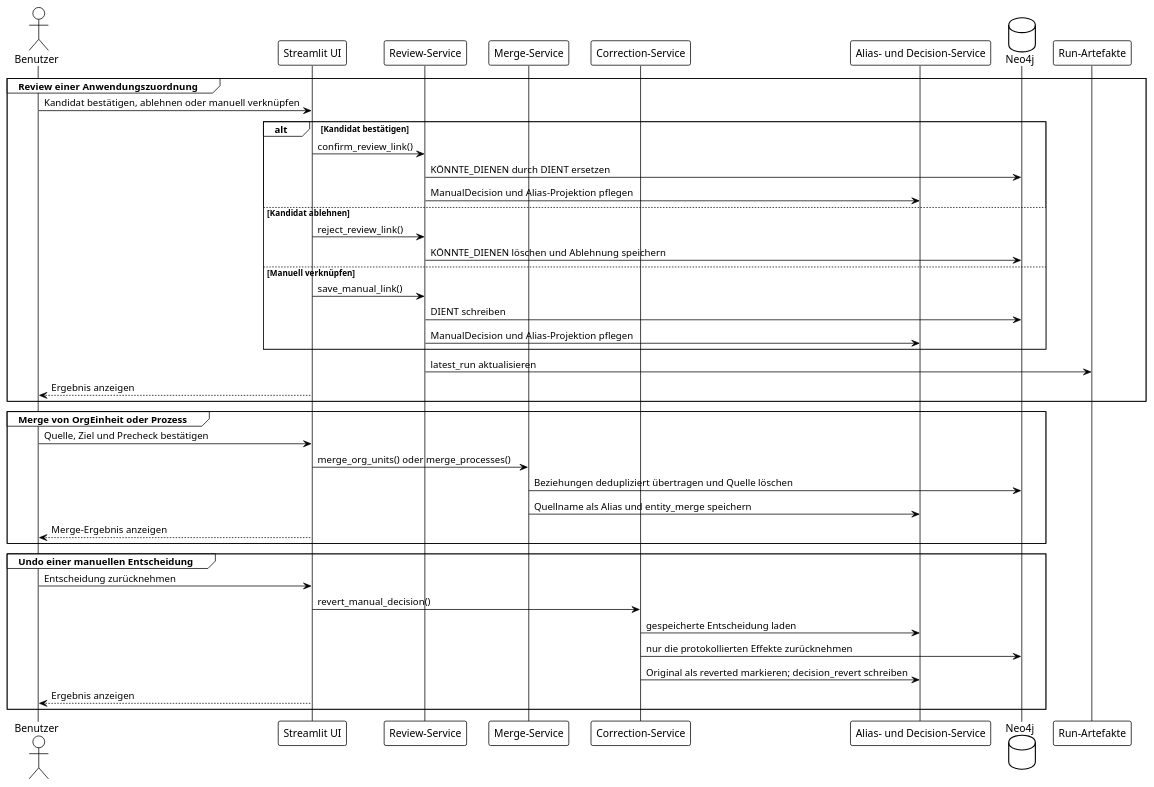
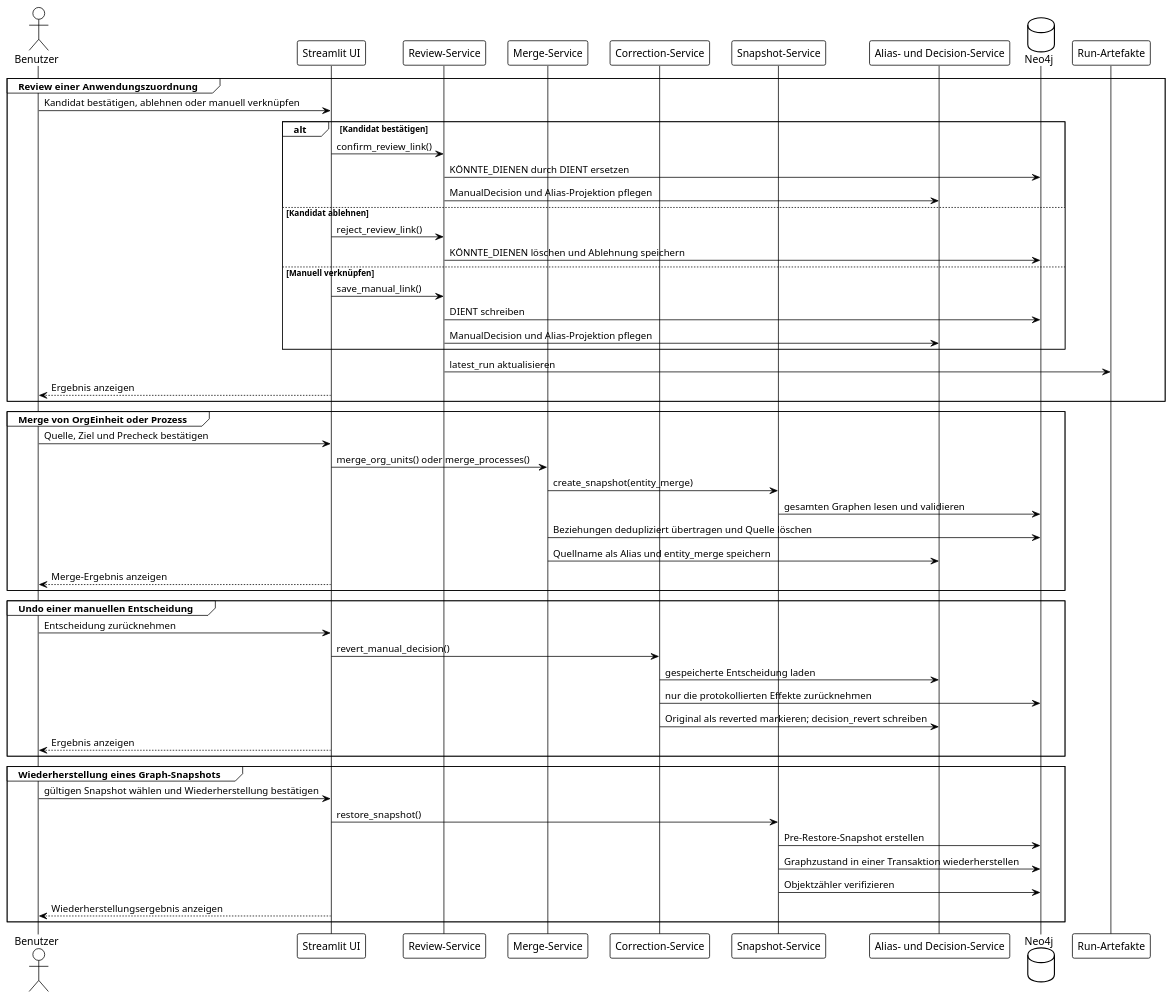
The diagram in Specs/BRIDGR_Sequenzdiagramme_004.puml (max-dingsda/BRIDGR), drawn with PlantUML before and after one commit. The commit also changed 30 other files, not shown here.

Commit message:
v.029.0 feat: add graph snapshot and restore workflow

```diff
--- a/Specs/BRIDGR_Sequenzdiagramme_004.puml
+++ b/Specs/BRIDGR_Sequenzdiagramme_004.puml
@@ -1,46 +1,58 @@
 @startuml BRIDGR_Sequenzdiagramme_004
 !theme plain
 actor "Benutzer" as User
 participant "Streamlit UI" as UI
 participant "Review-Service" as Review
 participant "Merge-Service" as Merge
 participant "Correction-Service" as Correction
+participant "Snapshot-Service" as Snapshot
 participant "Alias- und Decision-Service" as Decisions
 database "Neo4j" as Neo4j
 participant "Run-Artefakte" as Artifacts
 
 group Review einer Anwendungszuordnung
   User -> UI : Kandidat bestätigen, ablehnen oder manuell verknüpfen
   alt Kandidat bestätigen
     UI -> Review : confirm_review_link()
     Review -> Neo4j : KÖNNTE_DIENEN durch DIENT ersetzen
     Review -> Decisions : ManualDecision und Alias-Projektion pflegen
   else Kandidat ablehnen
     UI -> Review : reject_review_link()
     Review -> Neo4j : KÖNNTE_DIENEN löschen und Ablehnung speichern
   else Manuell verknüpfen
     UI -> Review : save_manual_link()
     Review -> Neo4j : DIENT schreiben
     Review -> Decisions : ManualDecision und Alias-Projektion pflegen
   end
   Review -> Artifacts : latest_run aktualisieren
   UI --> User : Ergebnis anzeigen
 end
 
 group Merge von OrgEinheit oder Prozess
   User -> UI : Quelle, Ziel und Precheck bestätigen
   UI -> Merge : merge_org_units() oder merge_processes()
+  Merge -> Snapshot : create_snapshot(entity_merge)
+  Snapshot -> Neo4j : gesamten Graphen lesen und validieren
   Merge -> Neo4j : Beziehungen dedupliziert übertragen und Quelle löschen
   Merge -> Decisions : Quellname als Alias und entity_merge speichern
   UI --> User : Merge-Ergebnis anzeigen
 end
 
 group Undo einer manuellen Entscheidung
   User -> UI : Entscheidung zurücknehmen
   UI -> Correction : revert_manual_decision()
   Correction -> Decisions : gespeicherte Entscheidung laden
   Correction -> Neo4j : nur die protokollierten Effekte zurücknehmen
   Correction -> Decisions : Original als reverted markieren; decision_revert schreiben
   UI --> User : Ergebnis anzeigen
 end
+
+group Wiederherstellung eines Graph-Snapshots
+  User -> UI : gültigen Snapshot wählen und Wiederherstellung bestätigen
+  UI -> Snapshot : restore_snapshot()
+  Snapshot -> Neo4j : Pre-Restore-Snapshot erstellen
+  Snapshot -> Neo4j : Graphzustand in einer Transaktion wiederherstellen
+  Snapshot -> Neo4j : Objektzähler verifizieren
+  UI --> User : Wiederherstellungsergebnis anzeigen
+end
 @enduml
```
